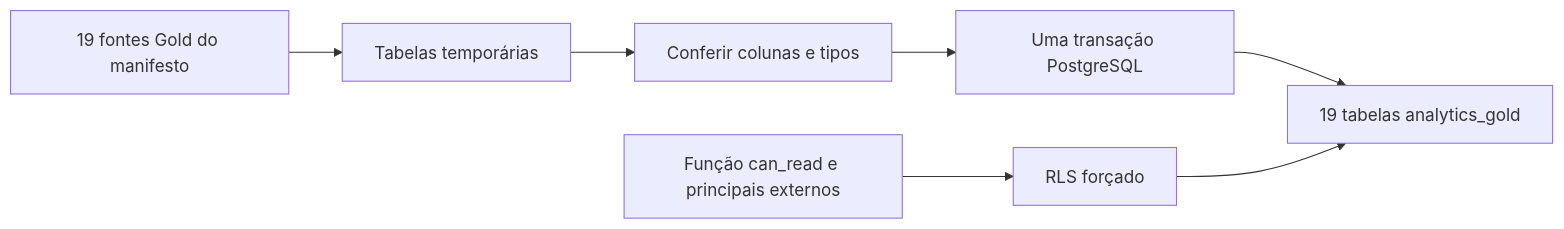
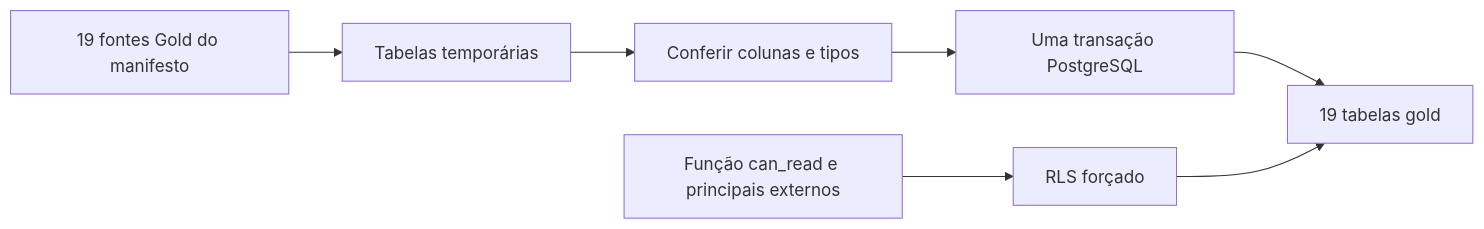
One commit to Solierrr/databricks-sync changed the diagram in database/POSTGRES.md. Above: the diagram before and after it, drawn with Mermaid. The commit also changed other lines of this file and 8 other files, not shown here.

````diff
--- a/database/POSTGRES.md
+++ b/database/POSTGRES.md
@@ -35,9 +35,9 @@
 ```mermaid
 flowchart LR
   V[19 fontes Gold do manifesto] --> T[Tabelas temporárias]
   T --> C[Conferir colunas e tipos]
   C --> P[Uma transação PostgreSQL]
-  P --> A[19 tabelas analytics_gold]
+  P --> A[19 tabelas gold]
   F[Função can_read e principais externos] --> R[RLS forçado]
   R --> A
 ```
````
